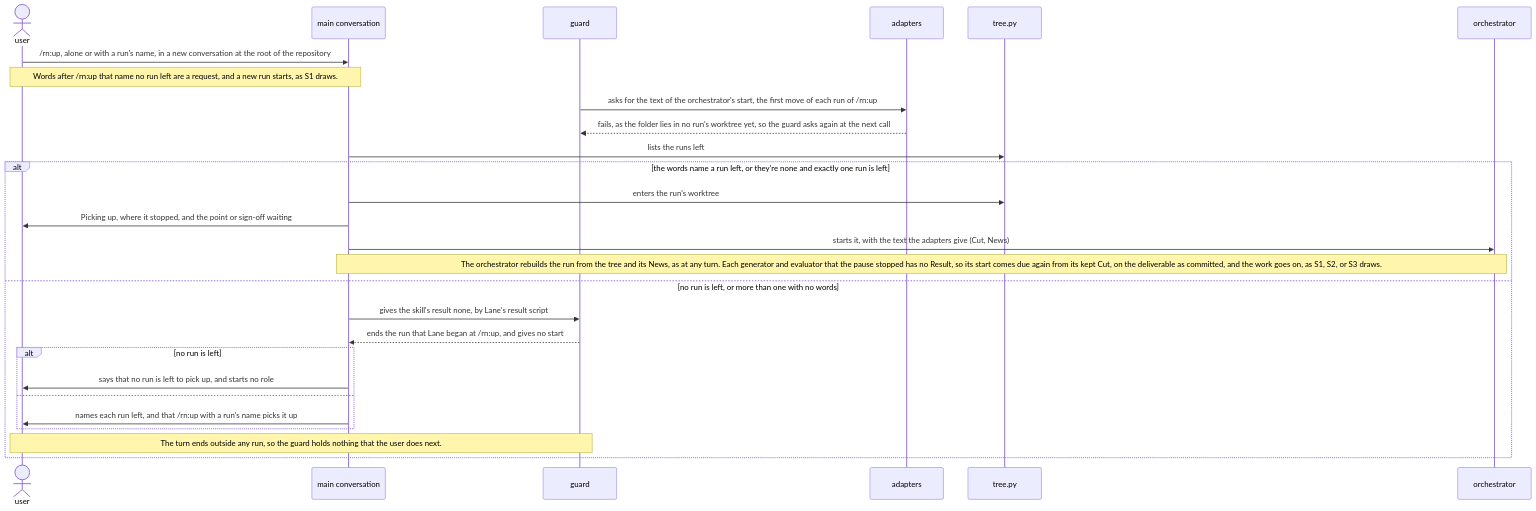
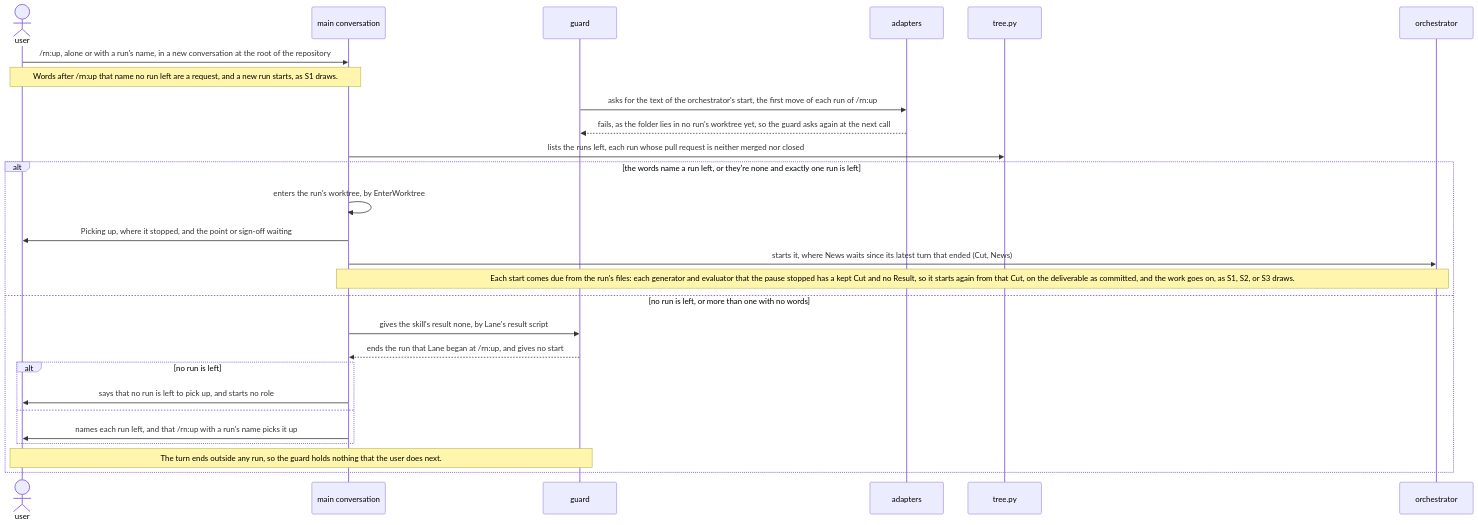
Before and after one commit to lovaizu/ccpm: the fifth of 6 diagrams in dev/rn/architecture.md, drawn with Mermaid. The commit also changed other lines of this file and 2 other files, not shown here.

````diff
--- a/dev/rn/architecture.md
+++ b/dev/rn/architecture.md
@@ -380,29 +387,29 @@
 ```mermaid
 sequenceDiagram
   actor U as user
   participant M as main conversation
   participant GD as guard
   participant A as adapters
   participant T as tree.py
   participant O as orchestrator
   U->>M: /rn:up, alone or with a run's name, in a new conversation at the root of the repository
   Note over U,M: Words after /rn:up that name no run left are a request, and a new run starts, as S1 draws.
   GD->>A: asks for the text of the orchestrator's start, the first move of each run of /rn:up
   A-->>GD: fails, as the folder lies in no run's worktree yet, so the guard asks again at the next call
-  M->>T: lists the runs left
+  M->>T: lists the runs left, each run whose pull request is neither merged nor closed
   alt the words name a run left, or they're none and exactly one run is left
-    M->>T: enters the run's worktree
+    M->>M: enters the run's worktree, by EnterWorktree
     M->>U: Picking up, where it stopped, and the point or sign-off waiting
-    M->>O: starts it, with the text the adapters give (Cut, News)
-    Note over M,O: The orchestrator rebuilds the run from the tree and its News, as at any turn. Each generator and evaluator that the pause stopped has no Result, so its start comes due again from its kept Cut, on the deliverable as committed, and the work goes on, as S1, S2, or S3 draws.
+    M->>O: starts it, where News waits since its latest turn that ended (Cut, News)
+    Note over M,O: Each start comes due from the run's files: each generator and evaluator that the pause stopped has a kept Cut and no Result, so it starts again from that Cut, on the deliverable as committed, and the work goes on, as S1, S2, or S3 draws.
   else no run is left, or more than one with no words
     M->>GD: gives the skill's result none, by Lane's result script
     GD-->>M: ends the run that Lane began at /rn:up, and gives no start
     alt no run is left
       M->>U: says that no run is left to pick up, and starts no role
     else
       M->>U: names each run left, and that /rn:up with a run's name picks it up
     end
     Note over U,GD: The turn ends outside any run, so the guard holds nothing that the user does next.
   end
 ```
````
